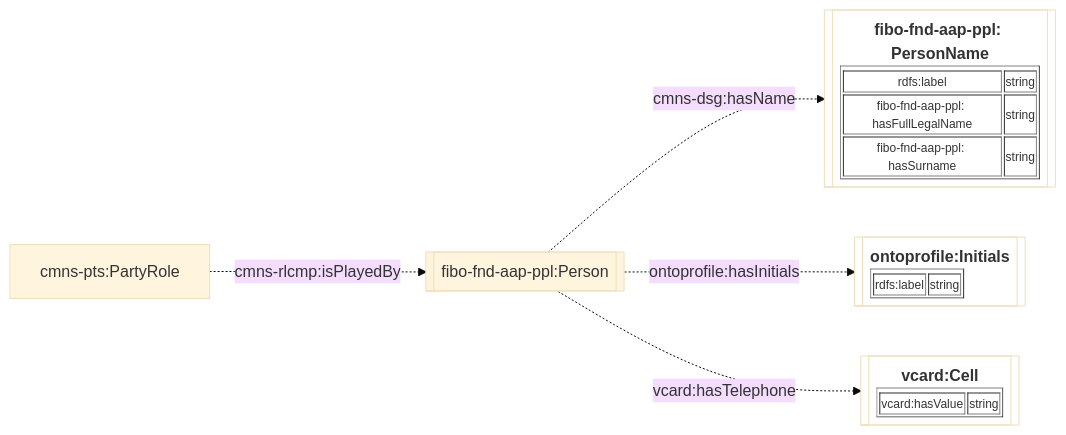
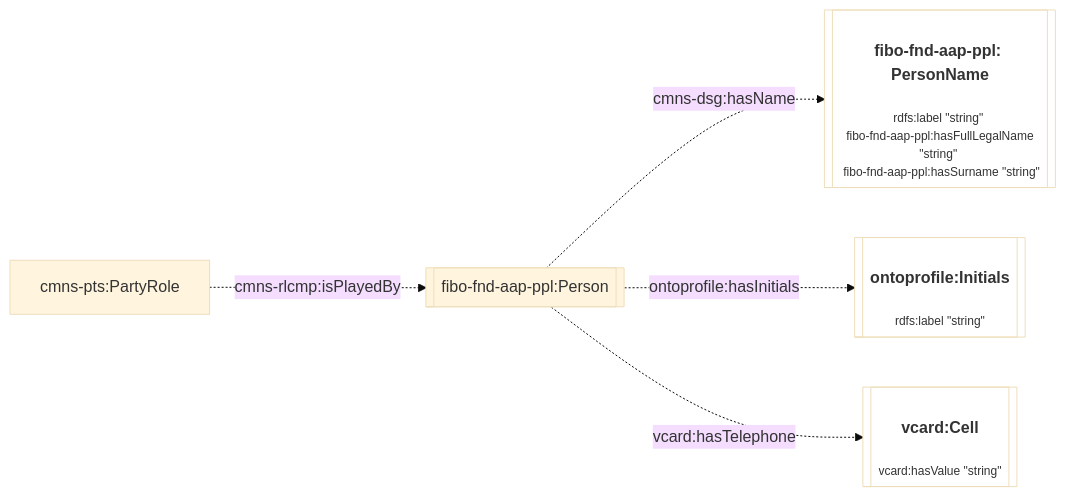
Before and after one commit to cambridge-cares/TheWorldAvatar: the fourth of 6 diagrams in JPS_Ontology/ontology/ontoprofile/README.MD, drawn with Mermaid (base theme). The commit also changed other lines of this file, not shown here.

Commit message:
dev-service-execution-ontology-extension: refactor table html to plain text html

````diff
--- a/JPS_Ontology/ontology/ontoprofile/README.MD
+++ b/JPS_Ontology/ontology/ontoprofile/README.MD
@@ -129,13 +129,13 @@
 ```mermaid
 flowchart LR
     %% Styling
     classDef literal fill:none
 
-    %% Diagram
+    %% Contents
     cmns-pts:PartyRole -. cmns-rlcmp:isPlayedBy .-> Person[[fibo-fnd-aap-ppl:Person]]
-    Person -. cmns-dsg:hasName .-> PersonName[["<table border='1' style='font-size:0.75rem;'><tr style='font-size:1.25rem;'><b>fibo-fnd-aap-ppl: PersonName</b></tr><tr><td>rdfs:label</td><td>string</td></tr><tr><td>fibo-fnd-aap-ppl: hasFullLegalName</td><td>string</td></tr><tr><td>fibo-fnd-aap-ppl: hasSurname</td><td>string</td></tr></table>"]]:::literal
+    Person -. cmns-dsg:hasName .-> PersonName[["<h4>fibo-fnd-aap-ppl: PersonName</h4><p style='font-size:0.75rem;'>rdfs:label &quot;string&quot; <br> fibo-fnd-aap-ppl:hasFullLegalName &quot;string&quot; <br> fibo-fnd-aap-ppl:hasSurname &quot;string&quot;</p>"]]:::literal
 
-    Person -. ontoprofile:hasInitials .-> Initials[["<table border='1' style='font-size:0.75rem;'><tr style='font-size:1.25rem;'><b>ontoprofile:Initials</b></tr><tr><td>rdfs:label</td><td>string</td></tr></table>"]]:::literal
+    Person -. ontoprofile:hasInitials .-> Initials[["<h4>ontoprofile:Initials</h4><p style='font-size:0.75rem;'>rdfs:label &quot;string&quot;</p>"]]:::literal
 
-    Person -. vcard:hasTelephone .-> Cell[["<table border='1' style='font-size:0.75rem;'><tr style='font-size:1.25rem;'><b>vcard:Cell</b></tr><tr><td>vcard:hasValue</td><td>string</td></tr></table>"]]:::literal
+    Person -. vcard:hasTelephone .-> Cell[["<h4>vcard:Cell</h4><p style='font-size:0.75rem;'>vcard:hasValue &quot;string&quot;</p>"]]:::literal
 ```
````
